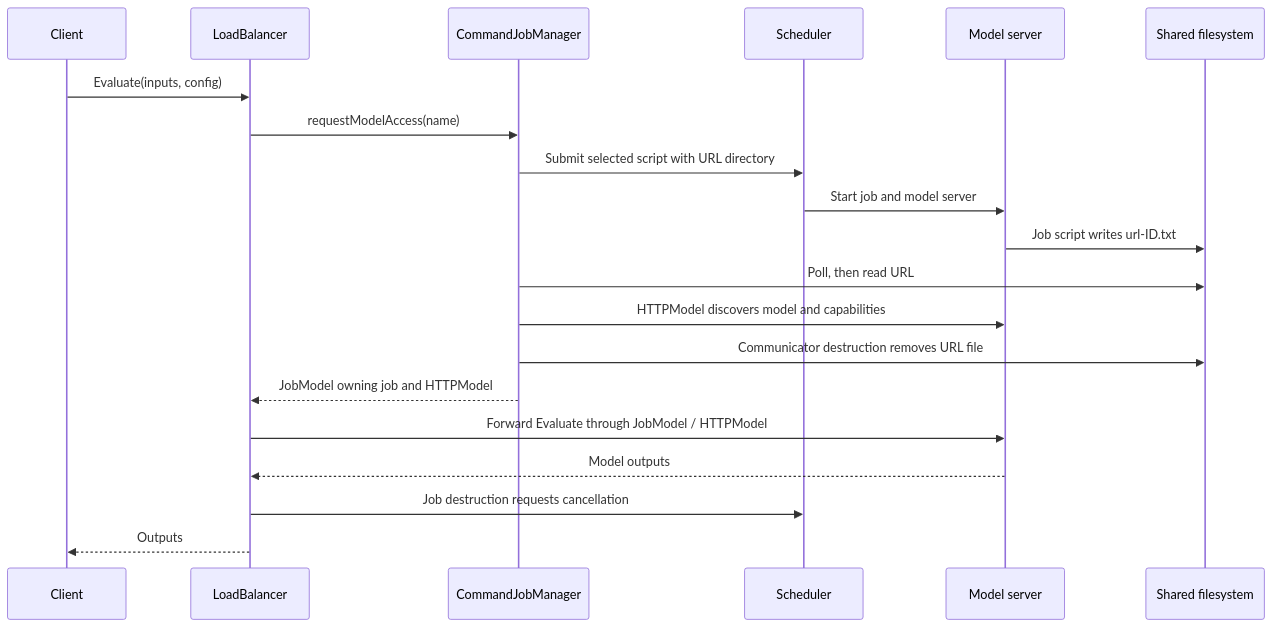
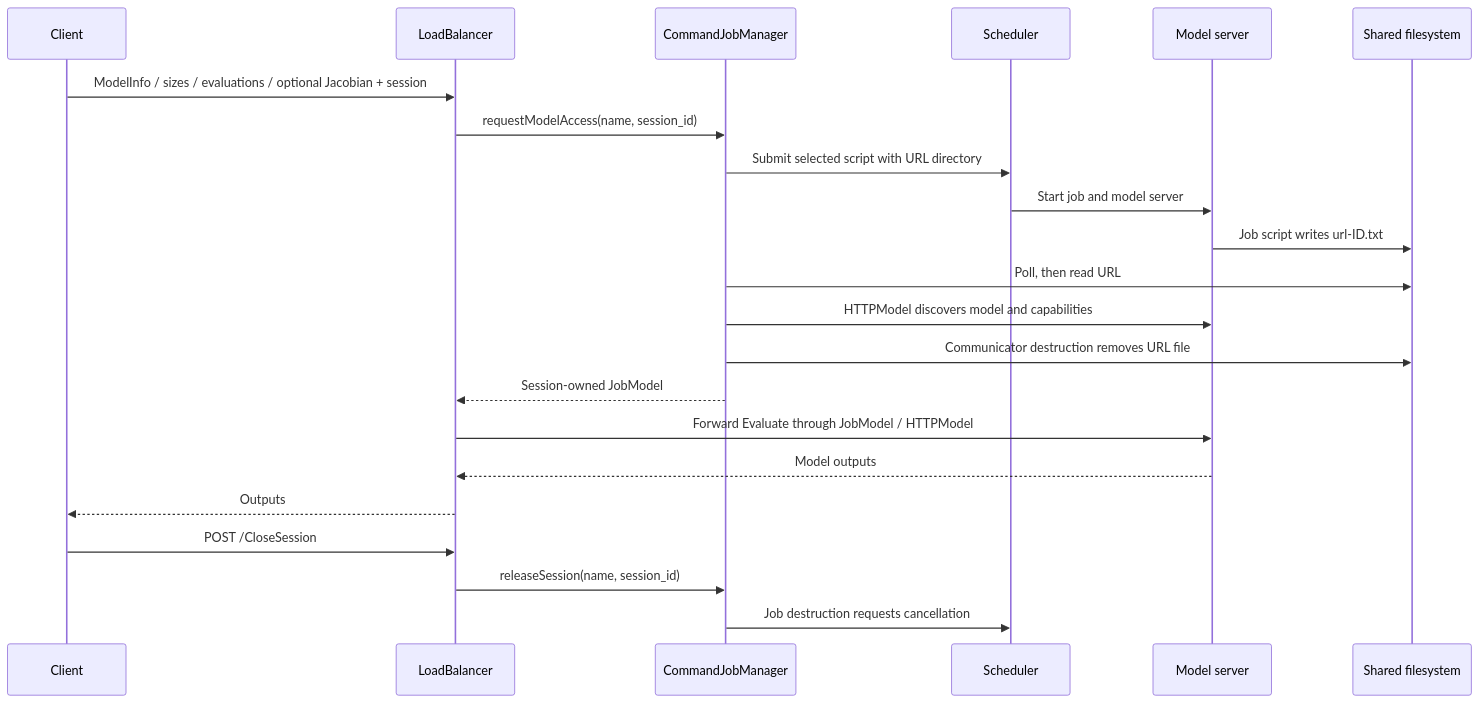
Before and after one commit to MOX-PolitecnicoMilano/umbridge_mox: the diagram in sandbox/C++/hpc/docs/LoadBalancer.md, drawn with Mermaid. The commit also changed other lines of this file and 5 other files, not shown here.

````diff
--- a/sandbox/C++/hpc/docs/LoadBalancer.md
+++ b/sandbox/C++/hpc/docs/LoadBalancer.md
@@ -51,22 +55,24 @@
 ```mermaid
 sequenceDiagram
     participant Client
     participant LB as LoadBalancer
     participant Manager as CommandJobManager
     participant Scheduler
     participant Backend as Model server
     participant Files as Shared filesystem
-    Client->>LB: Evaluate(inputs, config)
-    LB->>Manager: requestModelAccess(name)
+    Client->>LB: ModelInfo / sizes / evaluations / optional Jacobian + session
+    LB->>Manager: requestModelAccess(name, session_id)
     Manager->>Scheduler: Submit selected script with URL directory
     Scheduler->>Backend: Start job and model server
     Backend->>Files: Job script writes url-ID.txt
     Manager->>Files: Poll, then read URL
     Manager->>Backend: HTTPModel discovers model and capabilities
     Manager->>Files: Communicator destruction removes URL file
-    Manager-->>LB: JobModel owning job and HTTPModel
+    Manager-->>LB: Session-owned JobModel
     LB->>Backend: Forward Evaluate through JobModel / HTTPModel
     Backend-->>LB: Model outputs
-    LB->>Scheduler: Job destruction requests cancellation
     LB-->>Client: Outputs
+    Client->>LB: POST /CloseSession
+    LB->>Manager: releaseSession(name, session_id)
+    Manager->>Scheduler: Job destruction requests cancellation
 ```
````
